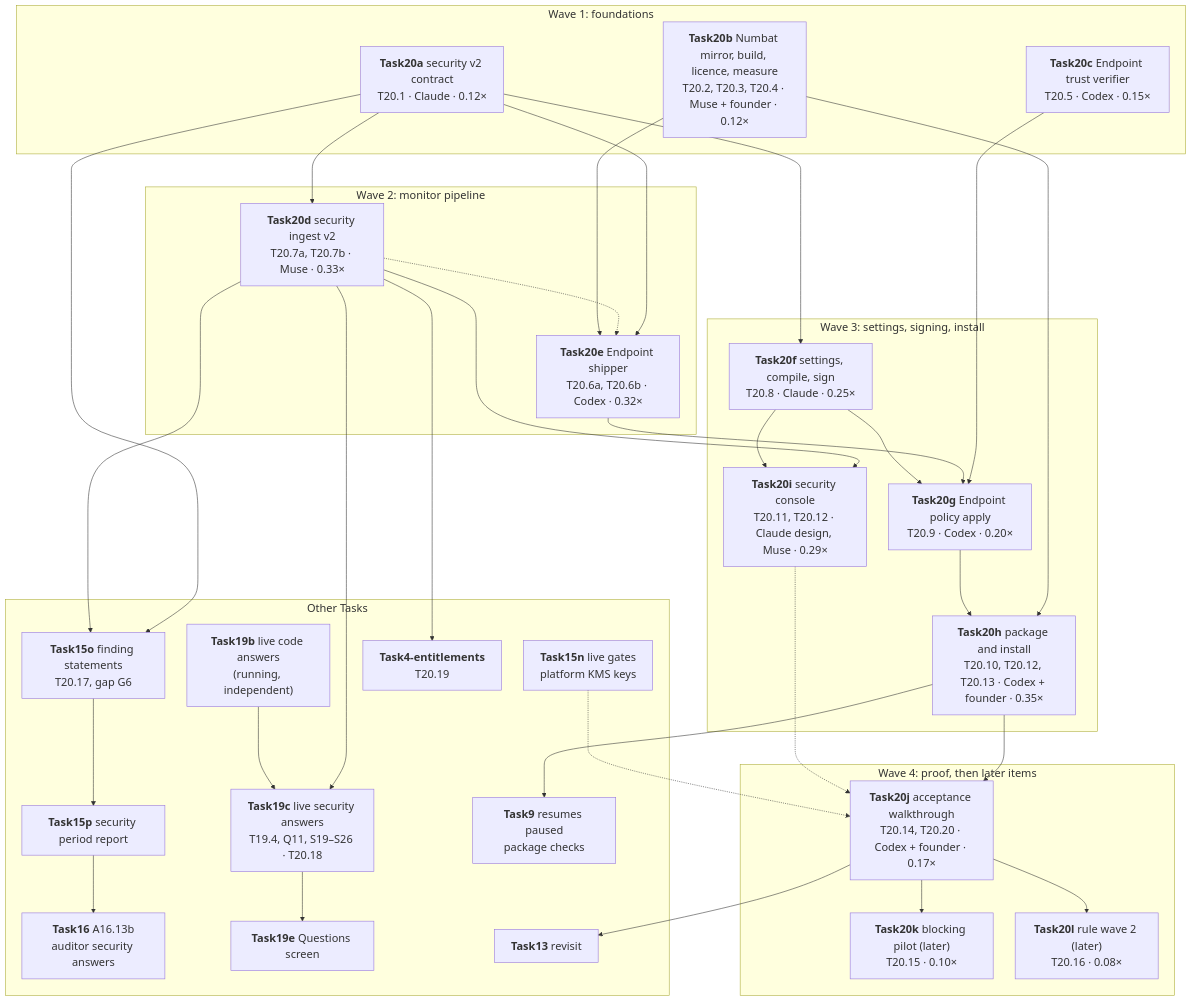
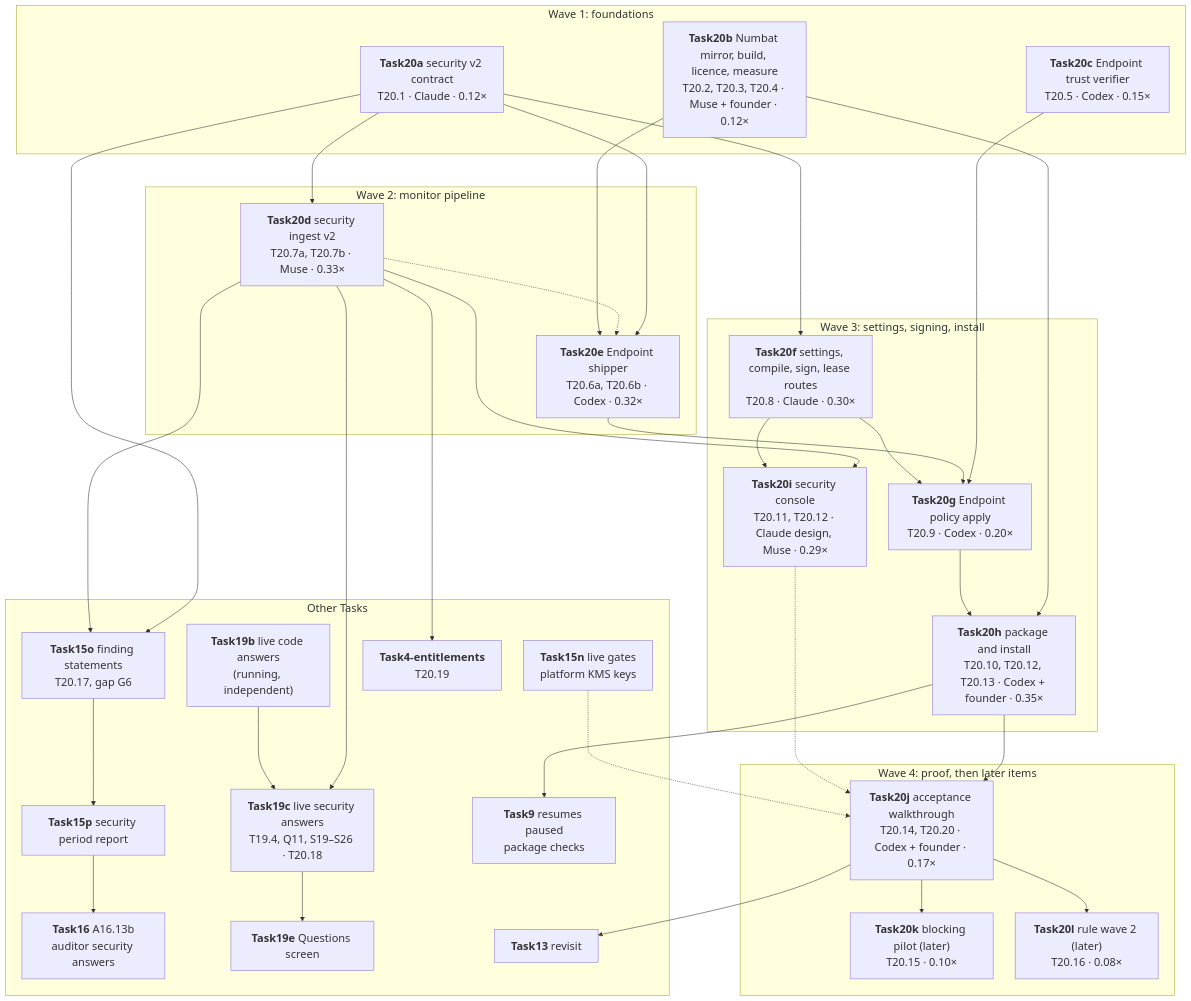
The diagram in docs/plan/TASK20.md (mahamannu-ux/TrackAI-V1), drawn with Mermaid before and after one commit. The commit also changed other lines of this file and 5 other files, not shown here.

Commit message:
Task20-plan: Codex review fixes (fleet lease reference owned by Task20f, retrieval routes frozen in Task20a, Task9 pause and resume point, EOF whitespace)

````diff
--- a/docs/plan/TASK20.md
+++ b/docs/plan/TASK20.md
@@ -155,60 +162,60 @@
 ```mermaid
 %%{init: {"flowchart": {"nodeSpacing": 40, "rankSpacing": 60}, "themeVariables": {"fontSize": "20px"}}}%%
 flowchart TB
   subgraph W1["Wave 1: foundations"]
     A["<b>Task20a</b> security v2 contract<br/>T20.1 · Claude · 0.12×"]
     B["<b>Task20b</b> Numbat mirror, build, licence, measure<br/>T20.2, T20.3, T20.4 · Muse + founder · 0.12×"]
     C["<b>Task20c</b> Endpoint trust verifier<br/>T20.5 · Codex · 0.15×"]
   end
   subgraph W2["Wave 2: monitor pipeline"]
     D["<b>Task20d</b> security ingest v2<br/>T20.7a, T20.7b · Muse · 0.33×"]
     E["<b>Task20e</b> Endpoint shipper<br/>T20.6a, T20.6b · Codex · 0.32×"]
   end
   subgraph W3["Wave 3: settings, signing, install"]
-    F["<b>Task20f</b> settings, compile, sign<br/>T20.8 · Claude · 0.25×"]
+    F["<b>Task20f</b> settings, compile, sign, lease routes<br/>T20.8 · Claude · 0.30×"]
     G["<b>Task20g</b> Endpoint policy apply<br/>T20.9 · Codex · 0.20×"]
     H["<b>Task20h</b> package and install<br/>T20.10, T20.12, T20.13 · Codex + founder · 0.35×"]
     I["<b>Task20i</b> security console<br/>T20.11, T20.12 · Claude design, Muse · 0.29×"]
   end
   subgraph W4["Wave 4: proof, then later items"]
     J["<b>Task20j</b> acceptance walkthrough<br/>T20.14, T20.20 · Codex + founder · 0.17×"]
     K["<b>Task20k</b> blocking pilot (later)<br/>T20.15 · 0.10×"]
     L["<b>Task20l</b> rule wave 2 (later)<br/>T20.16 · 0.08×"]
   end
   subgraph OT["Other Tasks"]
     N["<b>Task15n</b> live gates<br/>platform KMS keys"]
     O["<b>Task15o</b> finding statements<br/>T20.17, gap G6"]
     P["<b>Task15p</b> security period report"]
     Q16["<b>Task16</b> A16.13b<br/>auditor security answers"]
     S19b["<b>Task19b</b> live code answers<br/>(running, independent)"]
     S19c["<b>Task19c</b> live security answers<br/>T19.4, Q11, S19–S26 · T20.18"]
     S19e["<b>Task19e</b> Questions screen"]
     ENT["<b>Task4-entitlements</b><br/>T20.19"]
     T9["<b>Task9</b> resumes paused<br/>package checks"]
     T13["<b>Task13</b> revisit"]
   end
   A --> D
   A --> E
   A --> F
   A --> O
   D -.-> E
   B --> E
   D --> I
   C --> G
   E --> G
   F --> G
   F --> I
   B --> H
   G --> H
   H --> J
   I -.-> J
   N -.-> J
   J --> K
   J --> L
   J --> T13
   H --> T9
   D --> O --> P --> Q16
   D --> S19c
   S19b --> S19c --> S19e
   D --> ENT
 ```
````
